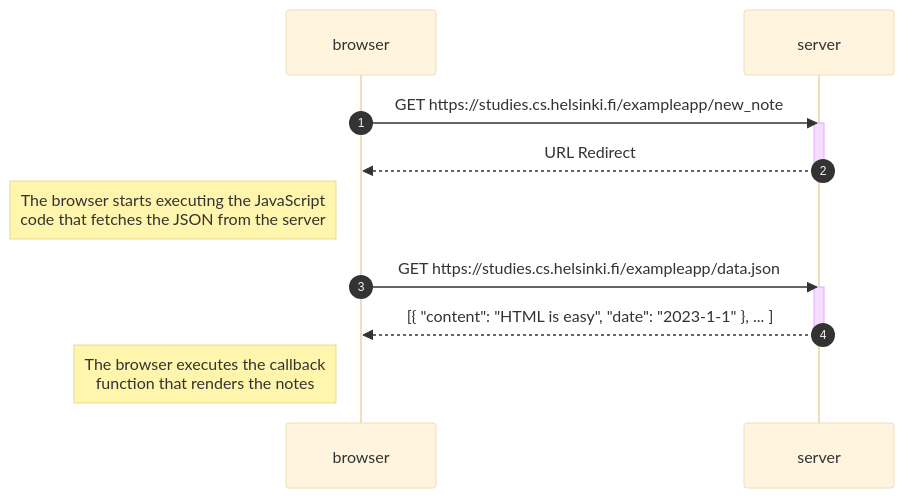
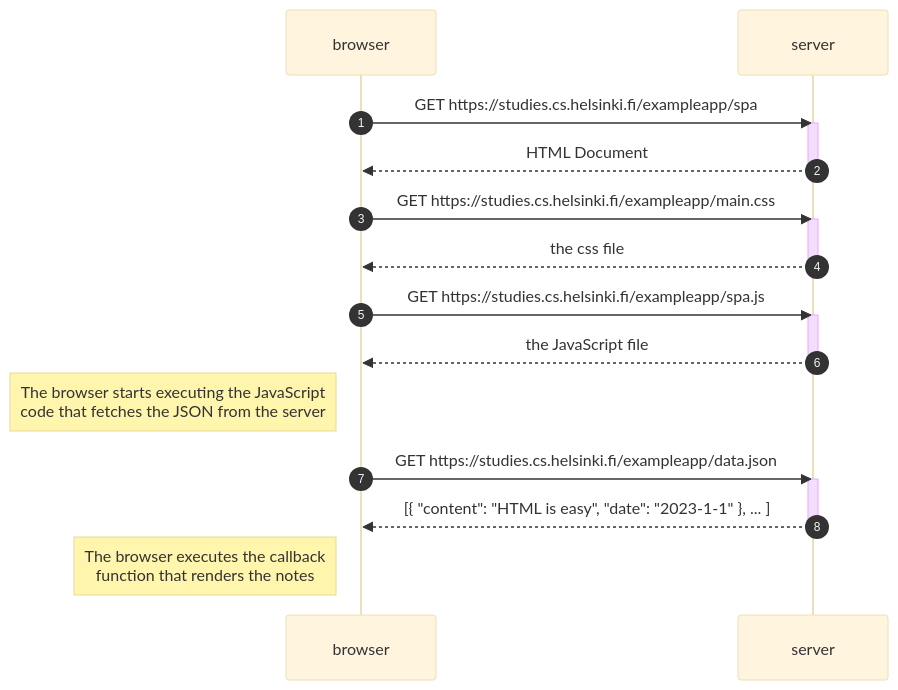
Before and after one commit to joshitobuba/example_app: the diagram in part0/exercise_0_5.md, drawn with Mermaid (base theme).

````diff
--- a/part0/exercise_0_5.md
+++ b/part0/exercise_0_5.md
@@ -1,20 +1,30 @@
 ```mermaid
   sequenceDiagram
     autonumber
     participant browser
     participant server
 
-    browser->>server: GET https://studies.cs.helsinki.fi/exampleapp/new_note
+    browser->>server: GET https://studies.cs.helsinki.fi/exampleapp/spa
     activate server
-    server-->>browser: URL Redirect
+    server-->>browser: HTML Document
+    deactivate server
+
+    browser->>server: GET https://studies.cs.helsinki.fi/exampleapp/main.css
+    activate server
+    server-->>browser: the css file
+    deactivate server
+
+    browser->>server: GET https://studies.cs.helsinki.fi/exampleapp/spa.js
+    activate server
+    server-->>browser: the JavaScript file
     deactivate server
 
     note left of browser: The browser starts executing the JavaScript<br/>code that fetches the JSON from the server
 
     browser->>server: GET https://studies.cs.helsinki.fi/exampleapp/data.json
     activate server
     server-->>browser: [{ "content": "HTML is easy", "date": "2023-1-1" }, ... ]
     deactivate server
 
     note left of browser: The browser executes the callback<br/>function that renders the notes
 ```
````
